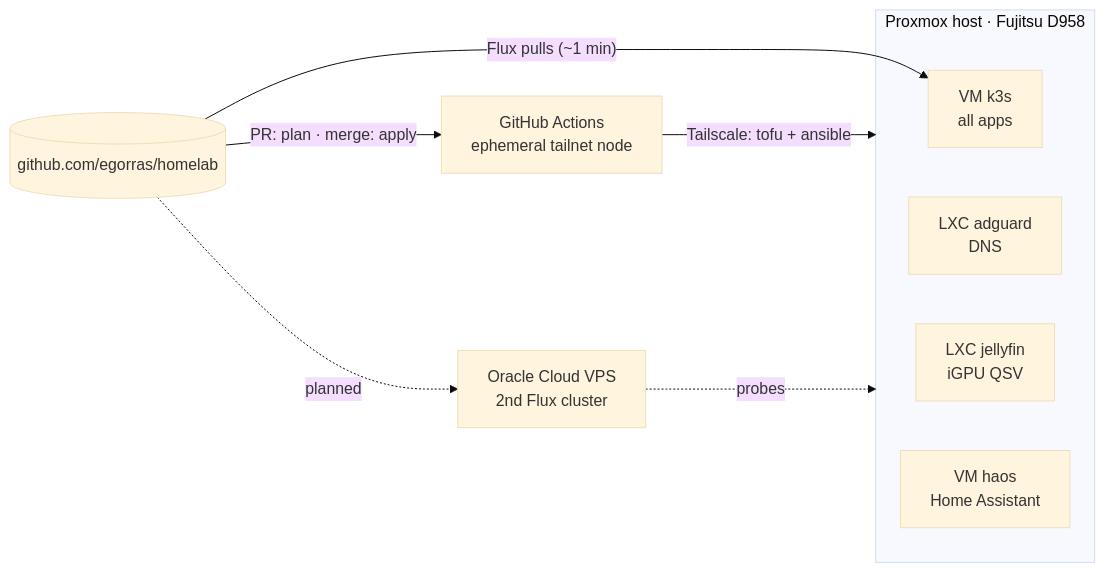
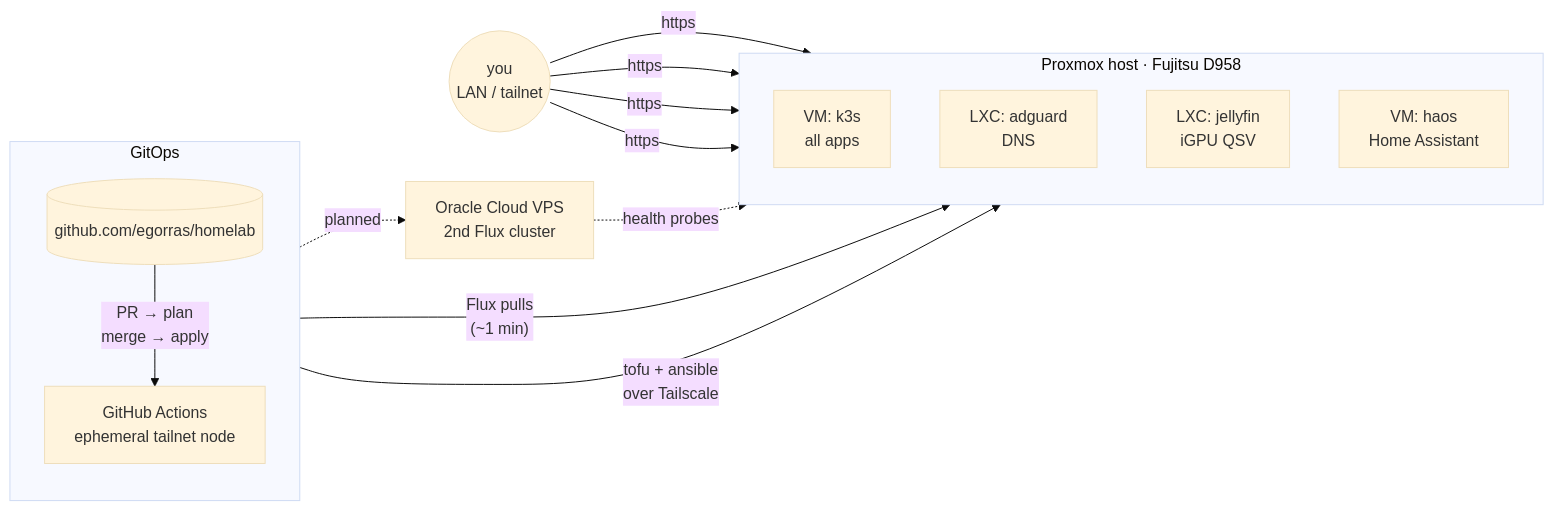
One commit to egorras/homelab changed the diagram in README.md. Above: the diagram before and after it, drawn with Mermaid (base theme). The commit also changed other lines of this file, not shown here.

First line of the commit message:
docs(readme): stop repeating lab domain, clarify diagram

````diff
--- a/README.md
+++ b/README.md
@@ -31,20 +31,27 @@
 ```mermaid
 flowchart LR
-  git[(github.com/egorras/homelab)]
-  ci[GitHub Actions<br/>ephemeral tailnet node]
+  you((you<br/>LAN / tailnet))
+
+  subgraph gitops[GitOps]
+    direction TB
+    git[(github.com/egorras/homelab)]
+    ci[GitHub Actions<br/>ephemeral tailnet node]
+  end
 
   subgraph home[Proxmox host · Fujitsu D958]
-    k3s[VM k3s<br/>all apps]
-    adguard[LXC adguard<br/>DNS]
-    jellyfin[LXC jellyfin<br/>iGPU QSV]
-    haos[VM haos<br/>Home Assistant]
+    direction TB
+    k3s[VM: k3s<br/>all apps]
+    adguard[LXC: adguard<br/>DNS]
+    jellyfin[LXC: jellyfin<br/>iGPU QSV]
+    haos[VM: haos<br/>Home Assistant]
   end
 
   oracle[Oracle Cloud VPS<br/>2nd Flux cluster]
 
-  git -- "Flux pulls (~1 min)" --> k3s
-  git -- "PR: plan · merge: apply" --> ci
-  ci -- "Tailscale: tofu + ansible" --> home
+  git -- "Flux pulls<br/>(~1 min)" --> k3s
+  git -- "PR → plan<br/>merge → apply" --> ci
+  ci -- "tofu + ansible<br/>over Tailscale" --> home
+  you -- "https" --> k3s & adguard & jellyfin & haos
   git -. planned .-> oracle
-  oracle -. probes .-> home
+  oracle -. health probes .-> home
 ```
````
